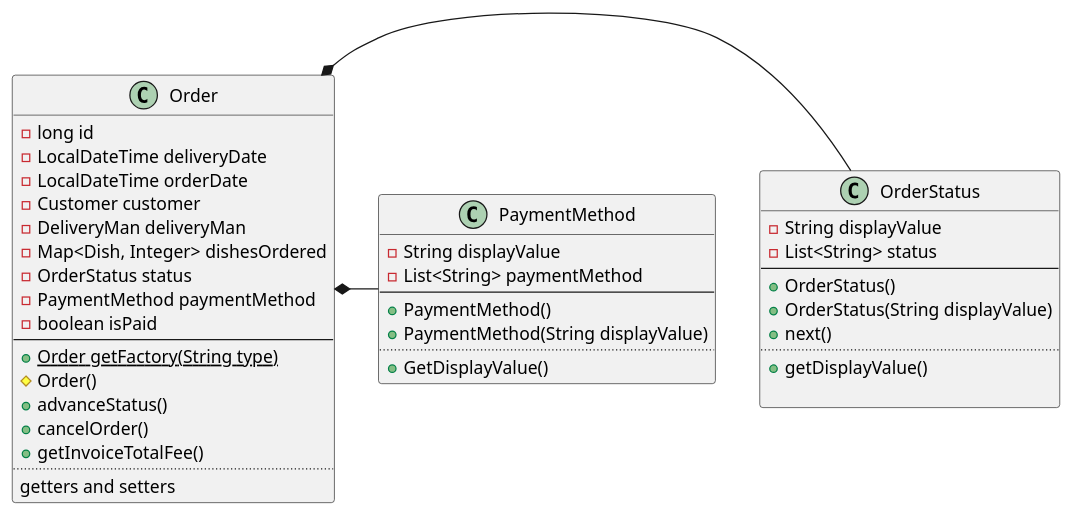
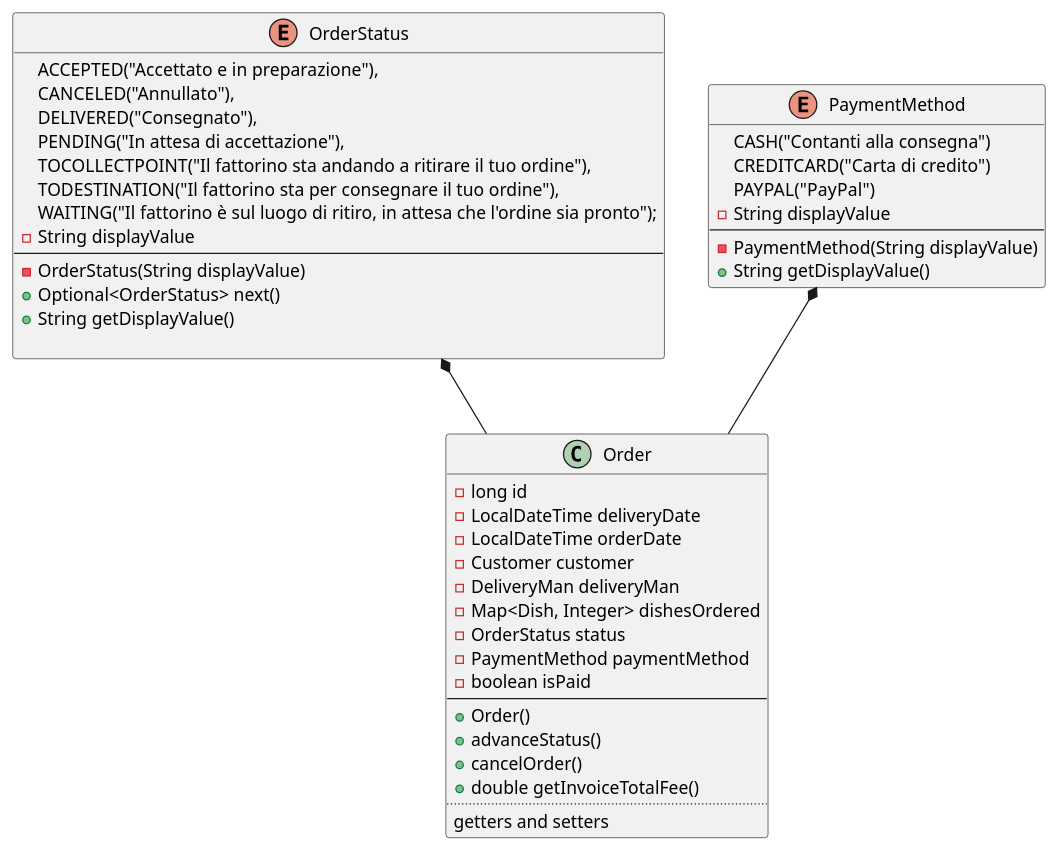
Before and after one commit to TommasoScalici/FoodDelivery: the diagram in src/main/java/unipa/fooddelivery/diagrams/class/order.wsd, drawn with PlantUML. The commit also changed 11 other files, not shown here.

Commit message:
Class diagrams fixed and completed

```diff
--- a/src/main/java/unipa/fooddelivery/diagrams/class/order.wsd
+++ b/src/main/java/unipa/fooddelivery/diagrams/class/order.wsd
@@ -1,47 +1,50 @@
-@startuml Order
+@startuml order
 class Order {
   -long id
   -LocalDateTime deliveryDate
   -LocalDateTime orderDate
   -Customer customer
   -DeliveryMan deliveryMan
   -Map<Dish, Integer> dishesOrdered
   -OrderStatus status
   -PaymentMethod paymentMethod
   -boolean isPaid
   --
-  +Order {static} getFactory(String type)
-  #Order()
+  +Order()
   +advanceStatus()
   +cancelOrder()
-  +getInvoiceTotalFee()
+  +double getInvoiceTotalFee()
   ..
   getters and setters
 }
 
-class OrderStatus {
+enum OrderStatus {
+    ACCEPTED("Accettato e in preparazione"),
+    CANCELED("Annullato"),
+    DELIVERED("Consegnato"),
+    PENDING("In attesa di accettazione"), 
+    TOCOLLECTPOINT("Il fattorino sta andando a ritirare il tuo ordine"),
+    TODESTINATION("Il fattorino sta per consegnare il tuo ordine"),
+    WAITING("Il fattorino è sul luogo di ritiro, in attesa che l'ordine sia pronto");
     -String displayValue
-    -List<String> status
     --
-    +OrderStatus()
-    +OrderStatus(String displayValue)
-    +next()
-    ..
-    +getDisplayValue()
+    -OrderStatus(String displayValue)
+    +Optional<OrderStatus> next()
+    +String getDisplayValue()
 
 }
 
 
-class PaymentMethod {
+enum PaymentMethod {
+    CASH("Contanti alla consegna")
+    CREDITCARD("Carta di credito")
+    PAYPAL("PayPal")
     -String displayValue
-    -List<String> paymentMethod
     --
-    +PaymentMethod()
-    +PaymentMethod(String displayValue)
-    ..
-    +GetDisplayValue()
+    -PaymentMethod(String displayValue)
+    +String getDisplayValue()
 }
 
-Order *- OrderStatus
-Order *- PaymentMethod
+OrderStatus *-- Order
+PaymentMethod *-- Order
 @enduml
```
